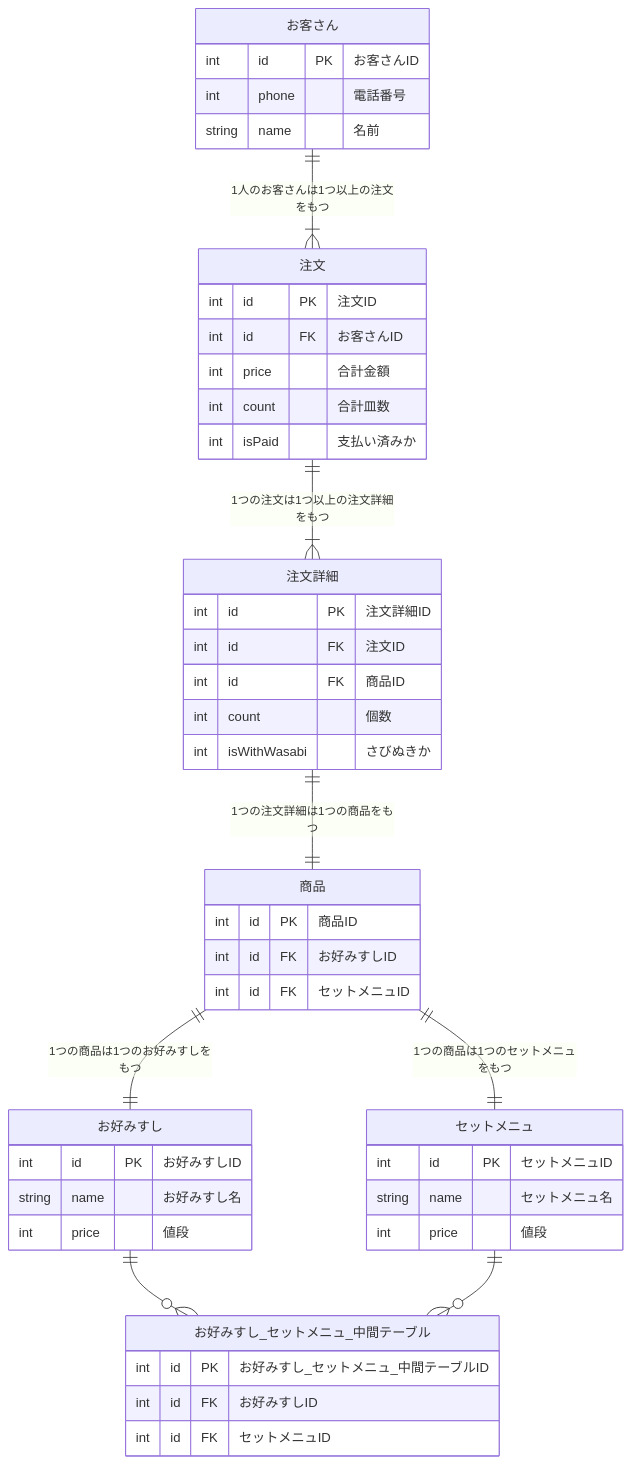
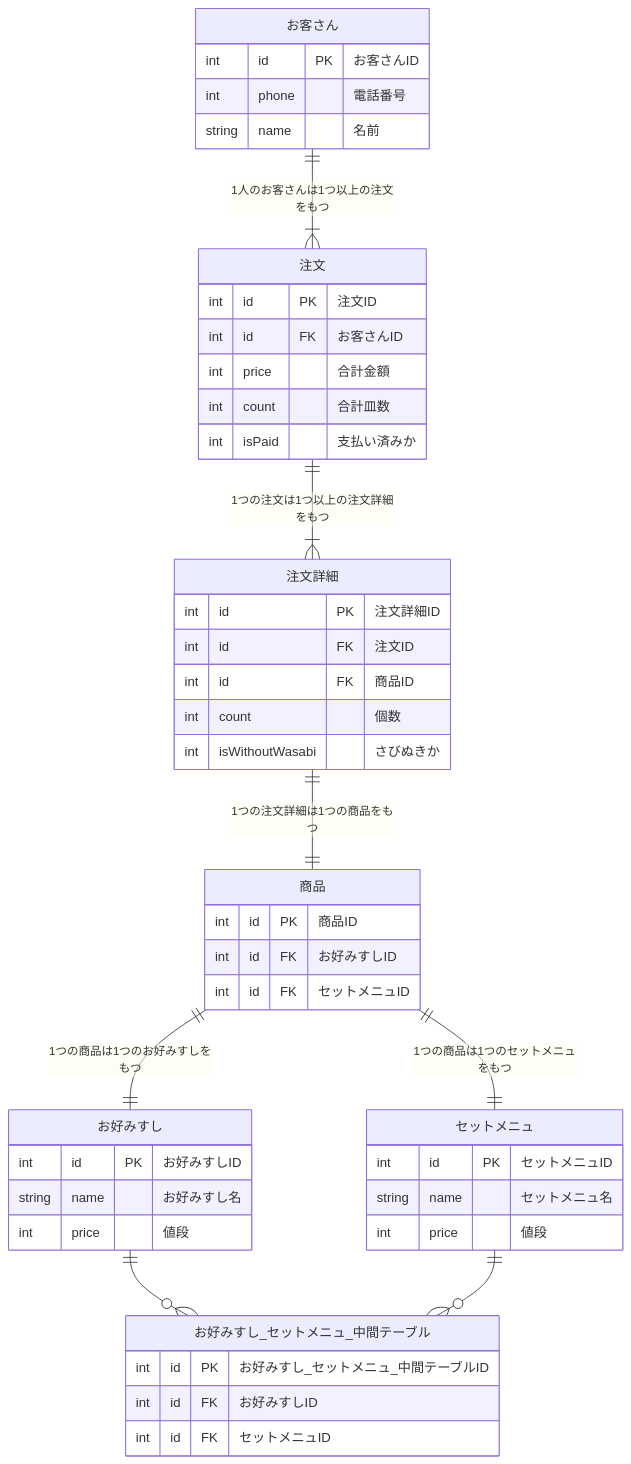
One commit to praha-inc/praha-challenge-7 changed the diagram in F0yWy8HaLlWoST/01_データベース設計/01_DBモデリング1/kadai_01.md. Above: the diagram before and after it, drawn with Mermaid. The commit also changed 2 other files, not shown here.

Commit message:
feat: 1-3追加

````diff
--- a/F0yWy8HaLlWoST/01_データベース設計/01_DBモデリング1/kadai_01.md
+++ b/F0yWy8HaLlWoST/01_データベース設計/01_DBモデリング1/kadai_01.md
@@ -3,57 +3,57 @@
 ```mermaid
 erDiagram
 
   "お客さん" {
     int id PK "お客さんID"
     int phone "電話番号"
     string name "名前"
   }
 
   "商品" {
     int id PK "商品ID"
     int id FK "お好みすしID"
     int id FK "セットメニュID"
   }
 
   "お好みすし" {
     int id PK "お好みすしID"
     string name "お好みすし名"
     int price "値段"
   }
 
   "セットメニュ" {
     int id PK "セットメニュID"
     string name "セットメニュ名"
     int price "値段"
   }
 
   "お好みすし_セットメニュ_中間テーブル" {
     int id PK "お好みすし_セットメニュ_中間テーブルID"
     int id FK "お好みすしID"
     int id FK "セットメニュID"
   }
 
   "注文" {
     int id PK "注文ID"
     int id FK "お客さんID"
     int price "合計金額"
     int count "合計皿数"
     int isPaid "支払い済みか"
   }
 
   "注文詳細" {
     int id PK "注文詳細ID"
     int id FK "注文ID"
     int id FK "商品ID"
     int count "個数"
-    int isWithWasabi "さびぬきか"
+    int isWithoutWasabi "さびぬきか"
   }
 
   "お客さん" ||--|{ "注文": "1人のお客さんは1つ以上の注文をもつ"
   "注文" ||--|{ "注文詳細": "1つの注文は1つ以上の注文詳細をもつ"
   "注文詳細" ||--|| "商品": "1つの注文詳細は1つの商品をもつ"
   "商品" ||--|| "お好みすし": "1つの商品は1つのお好みすしをもつ"
   "商品" ||--|| "セットメニュ": "1つの商品は1つのセットメニュをもつ"
   "お好みすし" ||--o{ "お好みすし_セットメニュ_中間テーブル": ""
   "セットメニュ" ||--o{ "お好みすし_セットメニュ_中間テーブル": ""
 ```
````
